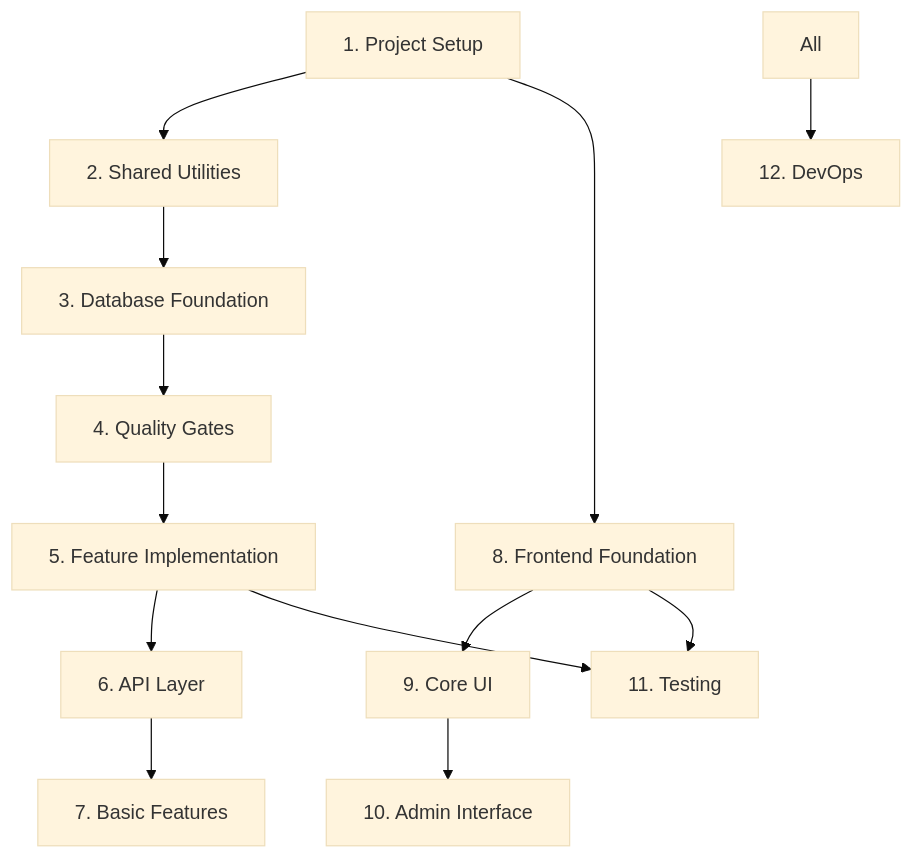
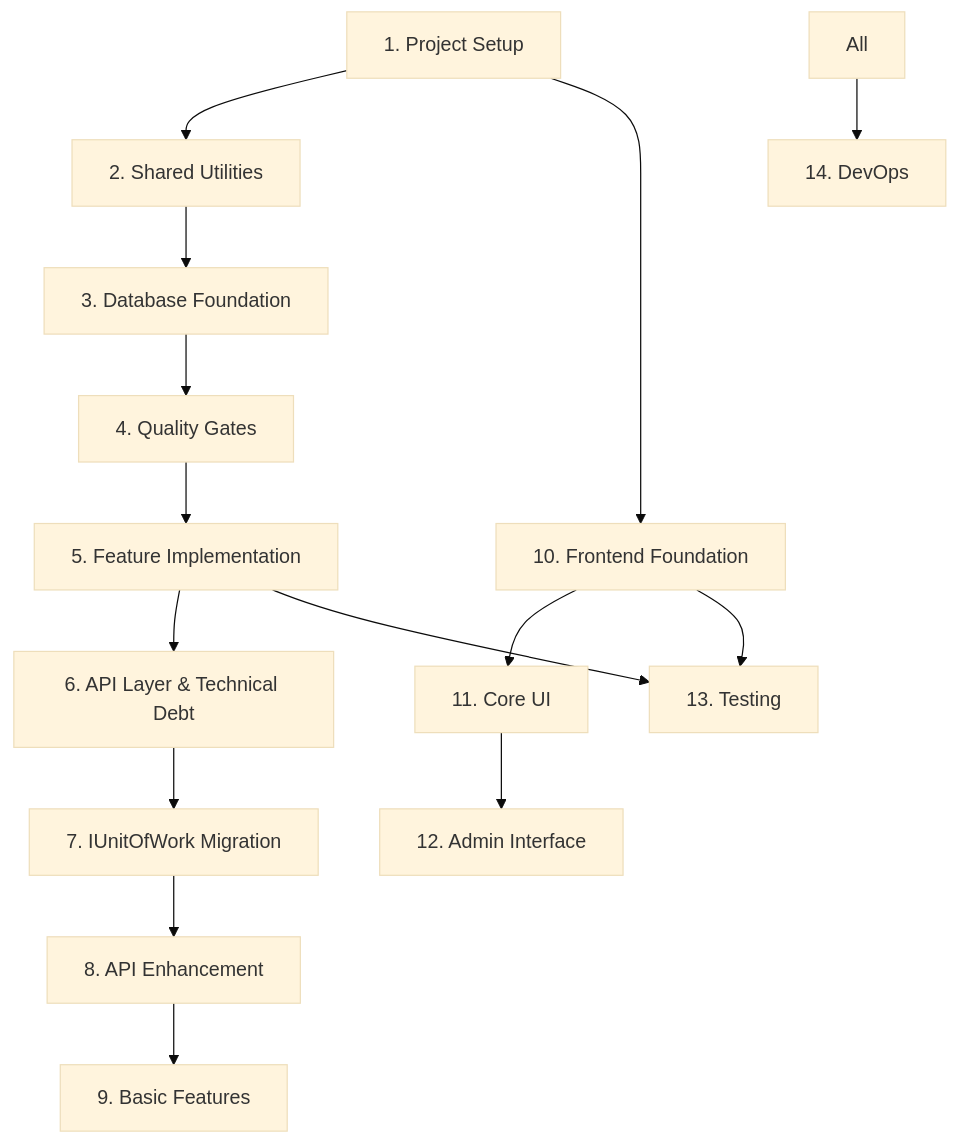
The diagram in docs/task-list.md (Kaniikura/certquiz), drawn with Mermaid (base theme) before and after one commit. The commit also changed other lines of this file, not shown here.

````diff
--- a/docs/task-list.md
+++ b/docs/task-list.md
@@ -469,18 +542,20 @@
 ```mermaid
 graph TD
     A[1. Project Setup] --> B[2. Shared Utilities]
     B --> C[3. Database Foundation]
     C --> D[4. Quality Gates]
     D --> E[5. Feature Implementation]
-    E --> F[6. API Layer]
-    F --> G[7. Basic Features]
+    E --> F[6. API Layer & Technical Debt]
+    F --> G[7. IUnitOfWork Migration]
+    G --> H[8. API Enhancement]
+    H --> I[9. Basic Features]
     
-    A --> H[8. Frontend Foundation]
-    H --> I[9. Core UI]
-    I --> J[10. Admin Interface]
+    A --> J[10. Frontend Foundation]
+    J --> K[11. Core UI]
+    K --> L[12. Admin Interface]
     
-    E --> K[11. Testing]
-    H --> K
+    E --> M[13. Testing]
+    J --> M
     
-    All --> L[12. DevOps]
+    All --> N[14. DevOps]
 ```
````
